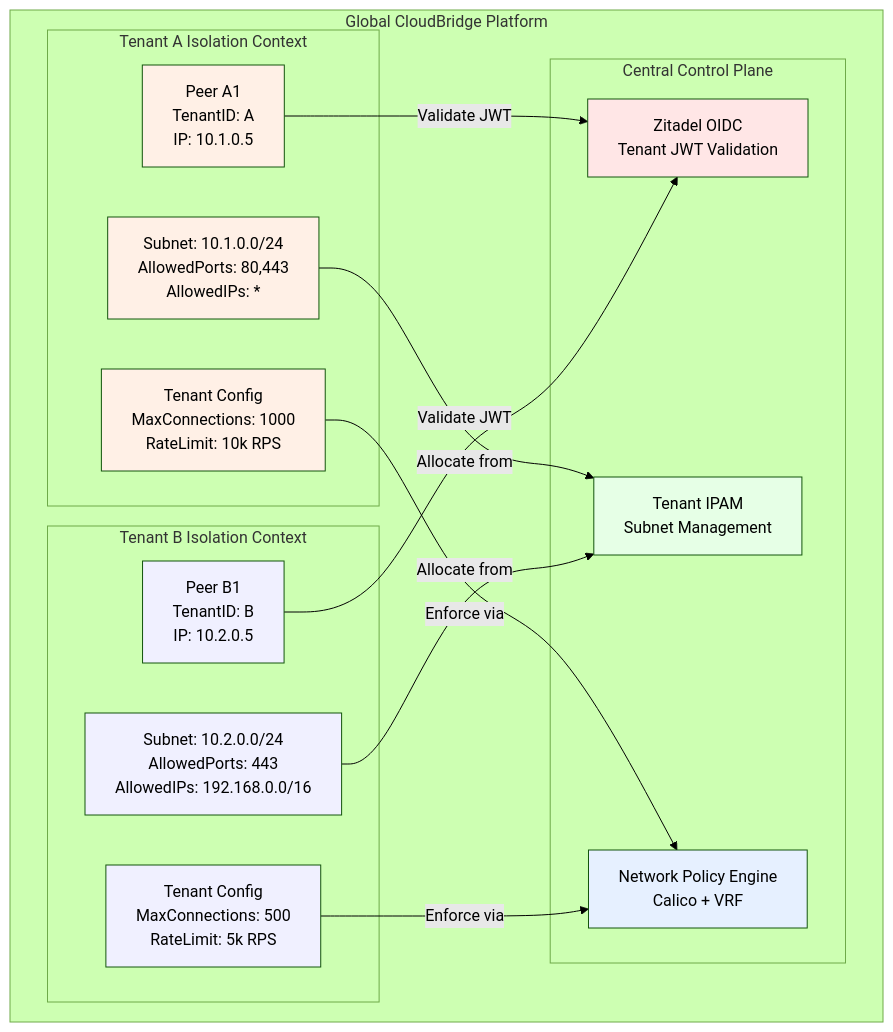
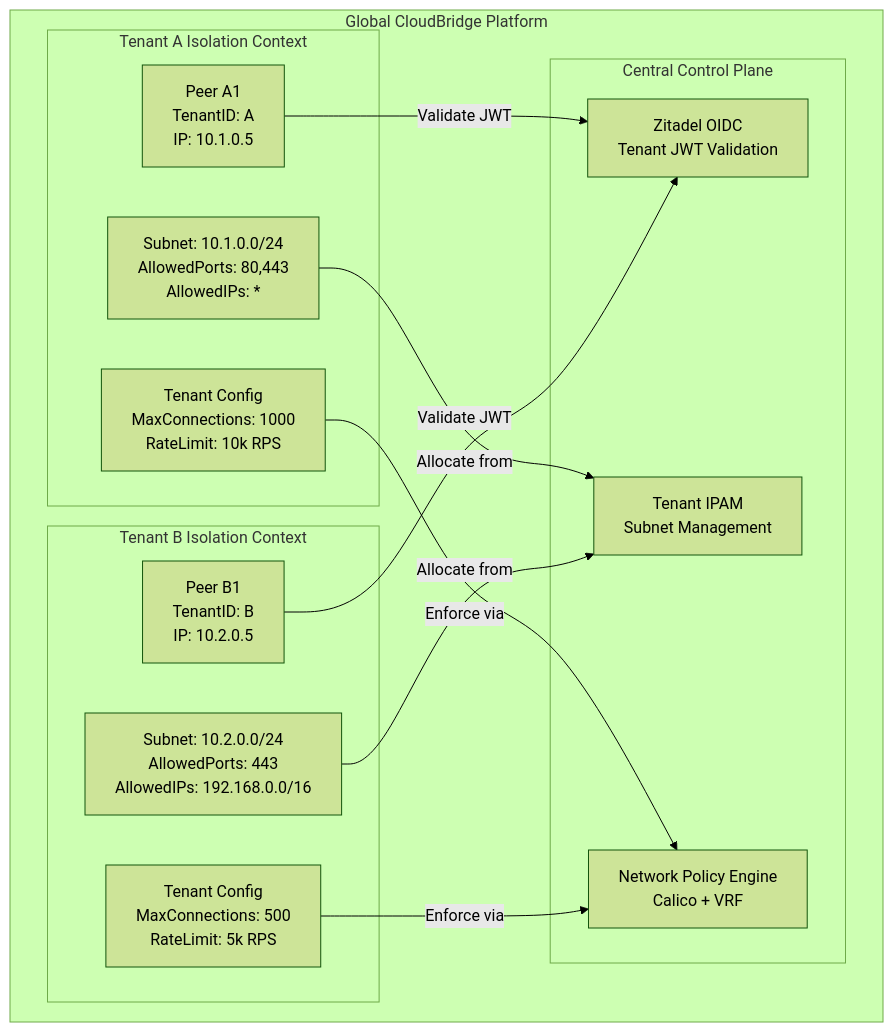
Before and after one commit to twogc/cloudbridge-docs: the first of 2 diagrams in ARCHITECTURE/TENANT_ISOLATION_ARCHITECTURE.md, drawn with Mermaid (forest theme). The commit also changed other lines of this file and 1 other file, not shown here.

````diff
--- a/ARCHITECTURE/TENANT_ISOLATION_ARCHITECTURE.md
+++ b/ARCHITECTURE/TENANT_ISOLATION_ARCHITECTURE.md
@@ -21,39 +21,30 @@
 ```mermaid
 graph TB
     subgraph "Global CloudBridge Platform"
         subgraph "Tenant A Isolation Context"
             TA_PEER["Peer A1<br/>TenantID: A<br/>IP: 10.1.0.5"]
             TA_CONFIG["Tenant Config<br/>MaxConnections: 1000<br/>RateLimit: 10k RPS"]
             TA_SUBNET["Subnet: 10.1.0.0/24<br/>AllowedPorts: 80,443<br/>AllowedIPs: *"]
         end
 
         subgraph "Tenant B Isolation Context"
             TB_PEER["Peer B1<br/>TenantID: B<br/>IP: 10.2.0.5"]
             TB_CONFIG["Tenant Config<br/>MaxConnections: 500<br/>RateLimit: 5k RPS"]
             TB_SUBNET["Subnet: 10.2.0.0/24<br/>AllowedPorts: 443<br/>AllowedIPs: 192.168.0.0/16"]
         end
 
         subgraph "Central Control Plane"
             ZITADEL["Zitadel OIDC<br/>Tenant JWT Validation"]
             IPAM["Tenant IPAM<br/>Subnet Management"]
             POLICY["Network Policy Engine<br/>Calico + VRF"]
         end
     end
 
     TA_PEER -->|Validate JWT| ZITADEL
     TB_PEER -->|Validate JWT| ZITADEL
     TA_SUBNET -->|Allocate from| IPAM
     TB_SUBNET -->|Allocate from| IPAM
     TA_CONFIG -->|Enforce via| POLICY
     TB_CONFIG -->|Enforce via| POLICY
 
-    style TA_PEER fill:#fff0e6
-    style TB_PEER fill:#f0f0ff
-    style TA_CONFIG fill:#fff0e6
-    style TB_CONFIG fill:#f0f0ff
-    style TA_SUBNET fill:#fff0e6
-    style TB_SUBNET fill:#f0f0ff
-    style ZITADEL fill:#ffe6e6
-    style IPAM fill:#e6ffe6
-    style POLICY fill:#e6f0ff
 ```
````
